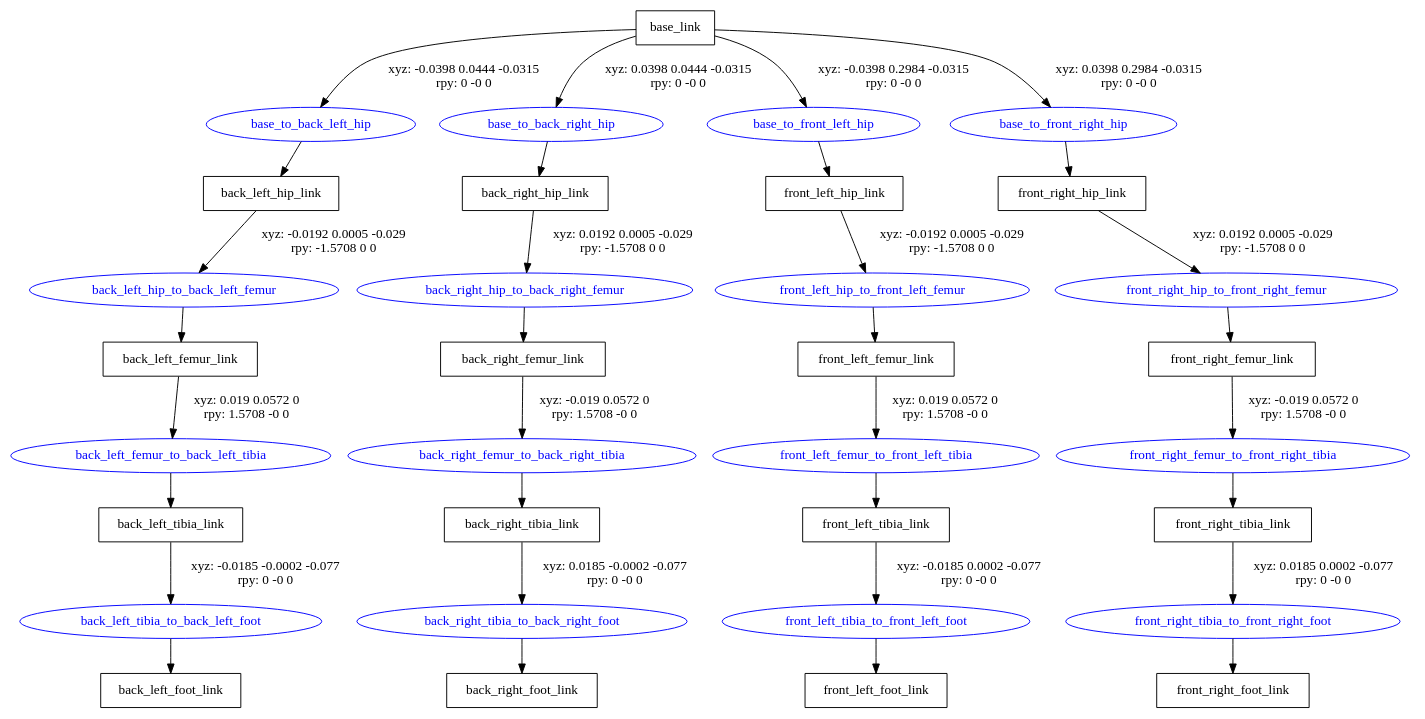
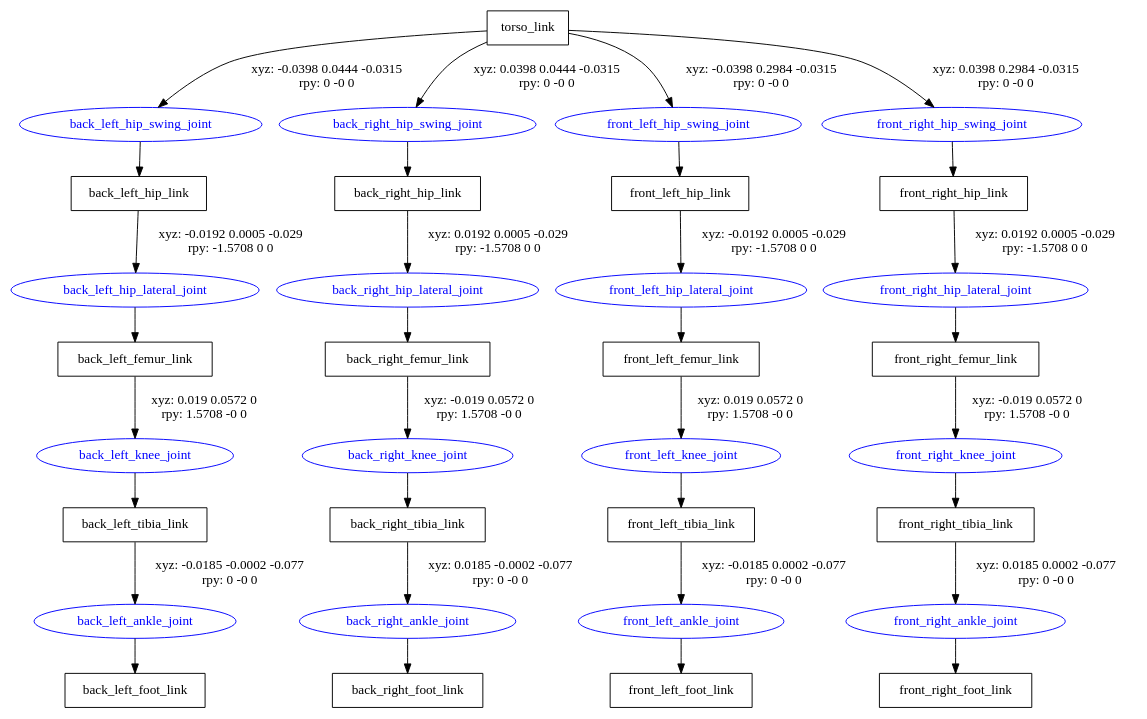
One commit to sjwaller/ros-qp4 changed the diagram in src/qp4_master/qp4.gv. Above: the diagram before and after it, drawn with Graphviz. The commit also changed 15 other files, not shown here.

```diff
--- a/src/qp4_master/qp4.gv
+++ b/src/qp4_master/qp4.gv
@@ -1,53 +1,53 @@
 digraph G {
 node [shape=box];
-"base_link" [label="base_link"];
+"torso_link" [label="torso_link"];
 "back_left_hip_link" [label="back_left_hip_link"];
 "back_left_femur_link" [label="back_left_femur_link"];
 "back_left_tibia_link" [label="back_left_tibia_link"];
 "back_left_foot_link" [label="back_left_foot_link"];
 "back_right_hip_link" [label="back_right_hip_link"];
 "back_right_femur_link" [label="back_right_femur_link"];
 "back_right_tibia_link" [label="back_right_tibia_link"];
 "back_right_foot_link" [label="back_right_foot_link"];
 "front_left_hip_link" [label="front_left_hip_link"];
 "front_left_femur_link" [label="front_left_femur_link"];
 "front_left_tibia_link" [label="front_left_tibia_link"];
 "front_left_foot_link" [label="front_left_foot_link"];
 "front_right_hip_link" [label="front_right_hip_link"];
 "front_right_femur_link" [label="front_right_femur_link"];
 "front_right_tibia_link" [label="front_right_tibia_link"];
 "front_right_foot_link" [label="front_right_foot_link"];
 node [shape=ellipse, color=blue, fontcolor=blue];
-"base_link" -> "base_to_back_left_hip" [label="xyz: -0.0398 0.0444 -0.0315 \nrpy: 0 -0 0"]
-"base_to_back_left_hip" -> "back_left_hip_link"
-"back_left_hip_link" -> "back_left_hip_to_back_left_femur" [label="xyz: -0.0192 0.0005 -0.029 \nrpy: -1.5708 0 0"]
-"back_left_hip_to_back_left_femur" -> "back_left_femur_link"
-"back_left_femur_link" -> "back_left_femur_to_back_left_tibia" [label="xyz: 0.019 0.0572 0 \nrpy: 1.5708 -0 0"]
-"back_left_femur_to_back_left_tibia" -> "back_left_tibia_link"
-"back_left_tibia_link" -> "back_left_tibia_to_back_left_foot" [label="xyz: -0.0185 -0.0002 -0.077 \nrpy: 0 -0 0"]
-"back_left_tibia_to_back_left_foot" -> "back_left_foot_link"
-"base_link" -> "base_to_back_right_hip" [label="xyz: 0.0398 0.0444 -0.0315 \nrpy: 0 -0 0"]
-"base_to_back_right_hip" -> "back_right_hip_link"
-"back_right_hip_link" -> "back_right_hip_to_back_right_femur" [label="xyz: 0.0192 0.0005 -0.029 \nrpy: -1.5708 0 0"]
-"back_right_hip_to_back_right_femur" -> "back_right_femur_link"
-"back_right_femur_link" -> "back_right_femur_to_back_right_tibia" [label="xyz: -0.019 0.0572 0 \nrpy: 1.5708 -0 0"]
-"back_right_femur_to_back_right_tibia" -> "back_right_tibia_link"
-"back_right_tibia_link" -> "back_right_tibia_to_back_right_foot" [label="xyz: 0.0185 -0.0002 -0.077 \nrpy: 0 -0 0"]
-"back_right_tibia_to_back_right_foot" -> "back_right_foot_link"
-"base_link" -> "base_to_front_left_hip" [label="xyz: -0.0398 0.2984 -0.0315 \nrpy: 0 -0 0"]
-"base_to_front_left_hip" -> "front_left_hip_link"
-"front_left_hip_link" -> "front_left_hip_to_front_left_femur" [label="xyz: -0.0192 0.0005 -0.029 \nrpy: -1.5708 0 0"]
-"front_left_hip_to_front_left_femur" -> "front_left_femur_link"
-"front_left_femur_link" -> "front_left_femur_to_front_left_tibia" [label="xyz: 0.019 0.0572 0 \nrpy: 1.5708 -0 0"]
-"front_left_femur_to_front_left_tibia" -> "front_left_tibia_link"
-"front_left_tibia_link" -> "front_left_tibia_to_front_left_foot" [label="xyz: -0.0185 0.0002 -0.077 \nrpy: 0 -0 0"]
-"front_left_tibia_to_front_left_foot" -> "front_left_foot_link"
-"base_link" -> "base_to_front_right_hip" [label="xyz: 0.0398 0.2984 -0.0315 \nrpy: 0 -0 0"]
-"base_to_front_right_hip" -> "front_right_hip_link"
-"front_right_hip_link" -> "front_right_hip_to_front_right_femur" [label="xyz: 0.0192 0.0005 -0.029 \nrpy: -1.5708 0 0"]
-"front_right_hip_to_front_right_femur" -> "front_right_femur_link"
-"front_right_femur_link" -> "front_right_femur_to_front_right_tibia" [label="xyz: -0.019 0.0572 0 \nrpy: 1.5708 -0 0"]
-"front_right_femur_to_front_right_tibia" -> "front_right_tibia_link"
-"front_right_tibia_link" -> "front_right_tibia_to_front_right_foot" [label="xyz: 0.0185 0.0002 -0.077 \nrpy: 0 -0 0"]
-"front_right_tibia_to_front_right_foot" -> "front_right_foot_link"
+"torso_link" -> "back_left_hip_swing_joint" [label="xyz: -0.0398 0.0444 -0.0315 \nrpy: 0 -0 0"]
+"back_left_hip_swing_joint" -> "back_left_hip_link"
+"back_left_hip_link" -> "back_left_hip_lateral_joint" [label="xyz: -0.0192 0.0005 -0.029 \nrpy: -1.5708 0 0"]
+"back_left_hip_lateral_joint" -> "back_left_femur_link"
+"back_left_femur_link" -> "back_left_knee_joint" [label="xyz: 0.019 0.0572 0 \nrpy: 1.5708 -0 0"]
+"back_left_knee_joint" -> "back_left_tibia_link"
+"back_left_tibia_link" -> "back_left_ankle_joint" [label="xyz: -0.0185 -0.0002 -0.077 \nrpy: 0 -0 0"]
+"back_left_ankle_joint" -> "back_left_foot_link"
+"torso_link" -> "back_right_hip_swing_joint" [label="xyz: 0.0398 0.0444 -0.0315 \nrpy: 0 -0 0"]
+"back_right_hip_swing_joint" -> "back_right_hip_link"
+"back_right_hip_link" -> "back_right_hip_lateral_joint" [label="xyz: 0.0192 0.0005 -0.029 \nrpy: -1.5708 0 0"]
+"back_right_hip_lateral_joint" -> "back_right_femur_link"
+"back_right_femur_link" -> "back_right_knee_joint" [label="xyz: -0.019 0.0572 0 \nrpy: 1.5708 -0 0"]
+"back_right_knee_joint" -> "back_right_tibia_link"
+"back_right_tibia_link" -> "back_right_ankle_joint" [label="xyz: 0.0185 -0.0002 -0.077 \nrpy: 0 -0 0"]
+"back_right_ankle_joint" -> "back_right_foot_link"
+"torso_link" -> "front_left_hip_swing_joint" [label="xyz: -0.0398 0.2984 -0.0315 \nrpy: 0 -0 0"]
+"front_left_hip_swing_joint" -> "front_left_hip_link"
+"front_left_hip_link" -> "front_left_hip_lateral_joint" [label="xyz: -0.0192 0.0005 -0.029 \nrpy: -1.5708 0 0"]
+"front_left_hip_lateral_joint" -> "front_left_femur_link"
+"front_left_femur_link" -> "front_left_knee_joint" [label="xyz: 0.019 0.0572 0 \nrpy: 1.5708 -0 0"]
+"front_left_knee_joint" -> "front_left_tibia_link"
+"front_left_tibia_link" -> "front_left_ankle_joint" [label="xyz: -0.0185 0.0002 -0.077 \nrpy: 0 -0 0"]
+"front_left_ankle_joint" -> "front_left_foot_link"
+"torso_link" -> "front_right_hip_swing_joint" [label="xyz: 0.0398 0.2984 -0.0315 \nrpy: 0 -0 0"]
+"front_right_hip_swing_joint" -> "front_right_hip_link"
+"front_right_hip_link" -> "front_right_hip_lateral_joint" [label="xyz: 0.0192 0.0005 -0.029 \nrpy: -1.5708 0 0"]
+"front_right_hip_lateral_joint" -> "front_right_femur_link"
+"front_right_femur_link" -> "front_right_knee_joint" [label="xyz: -0.019 0.0572 0 \nrpy: 1.5708 -0 0"]
+"front_right_knee_joint" -> "front_right_tibia_link"
+"front_right_tibia_link" -> "front_right_ankle_joint" [label="xyz: 0.0185 0.0002 -0.077 \nrpy: 0 -0 0"]
+"front_right_ankle_joint" -> "front_right_foot_link"
 }
```
